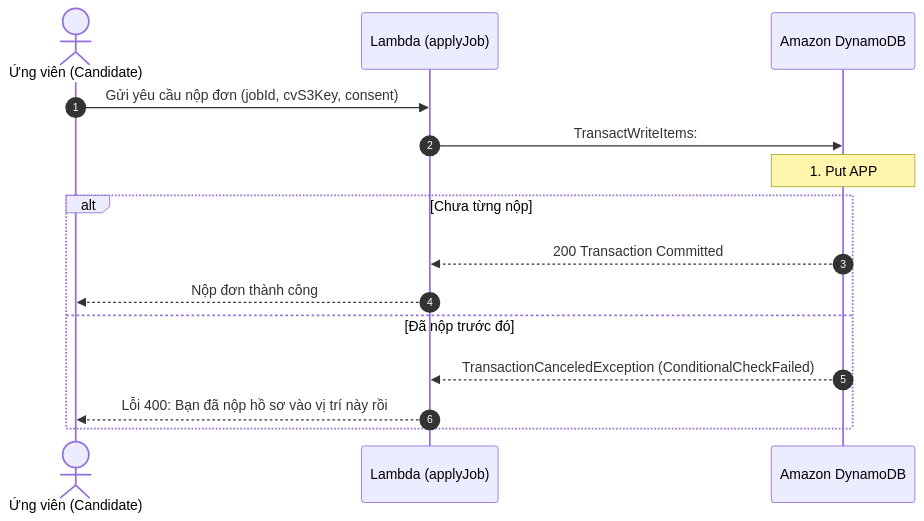
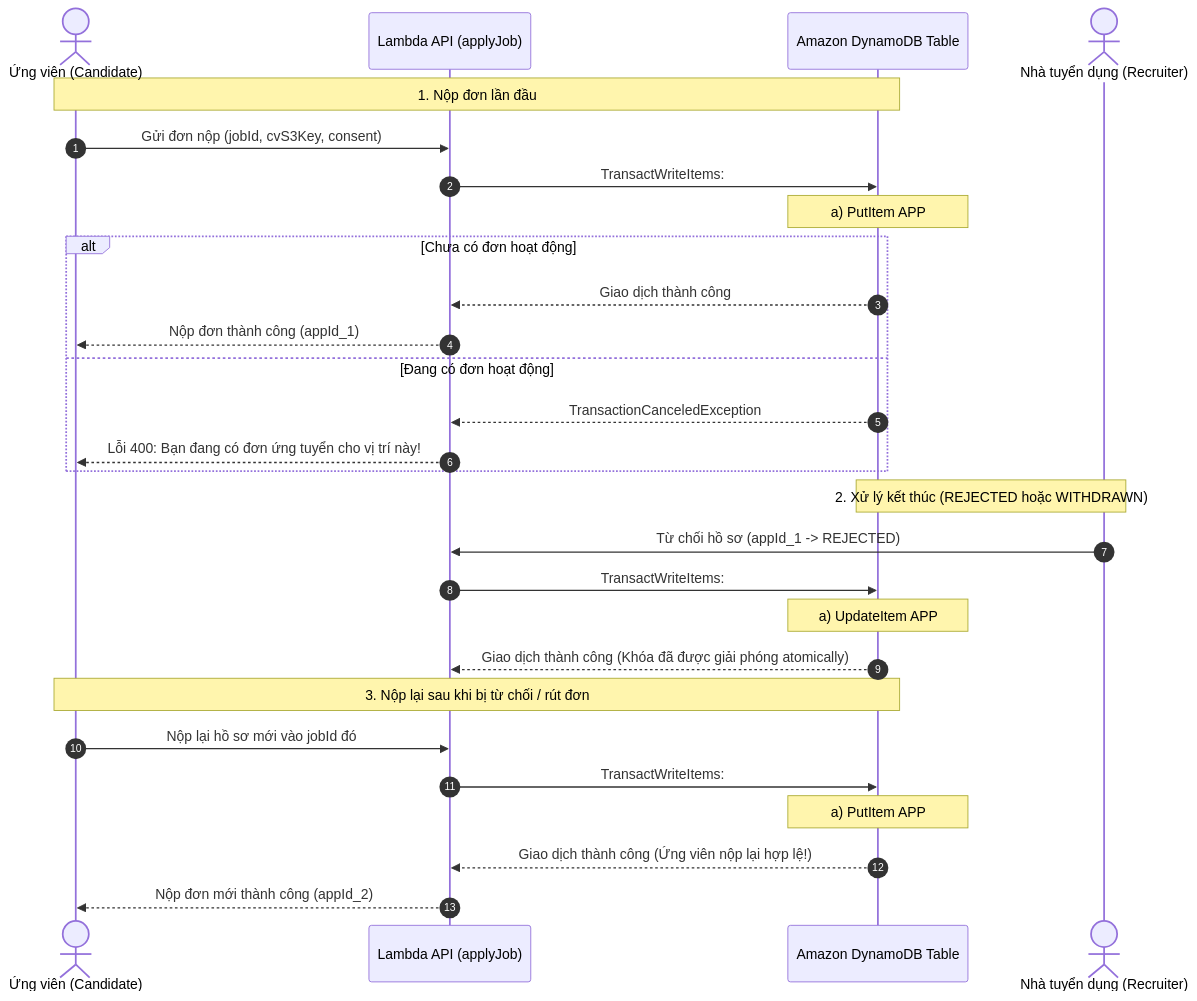
One commit to NguyenThanhTin235/aws-ai-cv-screening changed the third of 3 diagrams in docs/software/03-database-design.md. Above: the diagram before and after it, drawn with Mermaid. The commit also changed other lines of this file and 2 other files, not shown here.

Commit message:
docs(database): align schema with review findings - sync enums, active lock lifecycle, multi-reviewer, DSR lineage, and 32 APs

````diff
--- a/docs/software/03-database-design.md
+++ b/docs/software/03-database-design.md
@@ -528,18 +150,33 @@
 ```mermaid
 sequenceDiagram
     autonumber
     actor CDD as Ứng viên (Candidate)
-    participant API as Lambda (applyJob)
-    participant DDB as Amazon DynamoDB
+    participant API as Lambda API (applyJob)
+    participant DDB as Amazon DynamoDB Table
+    actor RCT as Nhà tuyển dụng (Recruiter)
 
-    CDD->>API: Gửi yêu cầu nộp đơn (jobId, cvS3Key, consent)
+    Note over CDD, DDB: 1. Nộp đơn lần đầu
+    CDD->>API: Gửi đơn nộp (jobId, cvS3Key, consent)
     API->>DDB: TransactWriteItems:
-    Note over DDB: 1. Put APP#<applicationId><br/>2. Put USER#<cddId> / APPLIED_JOB#<jobId><br/>(Condition: attribute_not_exists(PK))
-    alt Chưa từng nộp
-        DDB-->>API: 200 Transaction Committed
-        API-->>CDD: Nộp đơn thành công
-    else Đã nộp trước đó
-        DDB-->>API: TransactionCanceledException (ConditionalCheckFailed)
-        API-->>CDD: Lỗi 400: Bạn đã nộp hồ sơ vào vị trí này rồi
+    Note over DDB: a) PutItem APP#<appId_1> (status: SUBMITTED)<br/>b) PutItem USER#<cddId> / ACTIVE_APP#<jobId><br/>(Condition: attribute_not_exists(PK))
+    alt Chưa có đơn hoạt động
+        DDB-->>API: Giao dịch thành công
+        API-->>CDD: Nộp đơn thành công (appId_1)
+    else Đang có đơn hoạt động
+        DDB-->>API: TransactionCanceledException
+        API-->>CDD: Lỗi 400: Bạn đang có đơn ứng tuyển cho vị trí này!
     end
+
+    Note over RCT, DDB: 2. Xử lý kết thúc (REJECTED hoặc WITHDRAWN)
+    RCT->>API: Từ chối hồ sơ (appId_1 -> REJECTED)
+    API->>DDB: TransactWriteItems:
+    Note over DDB: a) UpdateItem APP#<appId_1> SET status = REJECTED<br/>b) DeleteItem USER#<cddId> / ACTIVE_APP#<jobId>
+    DDB-->>API: Giao dịch thành công (Khóa đã được giải phóng atomically)
+
+    Note over CDD, DDB: 3. Nộp lại sau khi bị từ chối / rút đơn
+    CDD->>API: Nộp lại hồ sơ mới vào jobId đó
+    API->>DDB: TransactWriteItems:
+    Note over DDB: a) PutItem APP#<appId_2> (status: SUBMITTED)<br/>b) PutItem USER#<cddId> / ACTIVE_APP#<jobId><br/>(Condition: attribute_not_exists(PK))
+    DDB-->>API: Giao dịch thành công (Ứng viên nộp lại hợp lệ!)
+    API-->>CDD: Nộp đơn mới thành công (appId_2)
 ```
````
